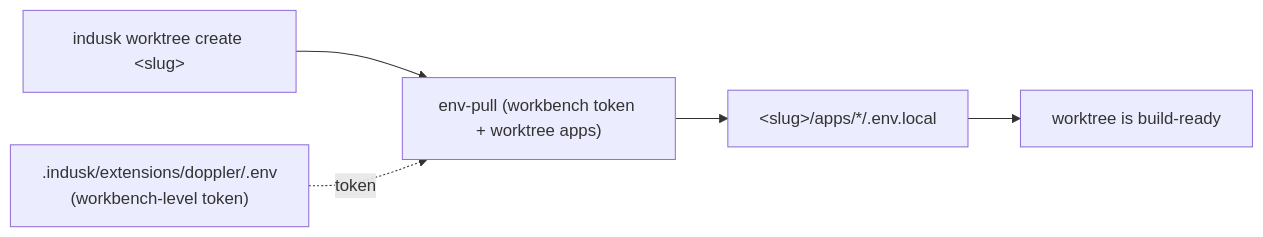
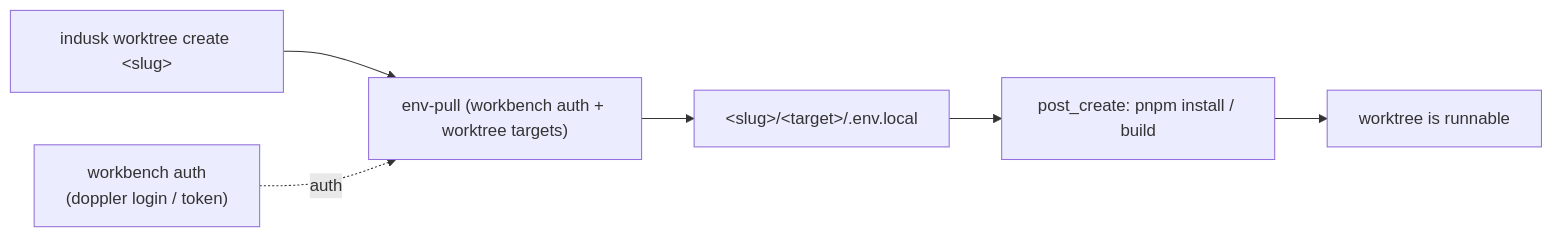
Before and after one commit to infinitedusky/indusk: the diagram in apps/docs/src/reference/extensions/doppler.md, drawn with Mermaid. The commit also changed other lines of this file and 3 other files, not shown here.

First line of the commit message:
docs: bring doppler + worktree skills/reference current (config-driven, path, login, one-way, post_create)

````diff
--- a/apps/docs/src/reference/extensions/doppler.md
+++ b/apps/docs/src/reference/extensions/doppler.md
@@ -90,11 +78,12 @@
 ```mermaid
 flowchart LR
-    T[".indusk/extensions/doppler/.env<br/>(workbench-level token)"]
+    A["workbench auth<br/>(doppler login / token)"]
     C["indusk worktree create &lt;slug&gt;"]
-    P["env-pull (workbench token + worktree apps)"]
-    E["&lt;slug&gt;/apps/*/.env.local"]
+    P["env-pull (workbench auth + worktree targets)"]
+    E["&lt;slug&gt;/&lt;target&gt;/.env.local"]
+    O["post_create: pnpm install / build"]
     C --> P
-    T -. token .-> P
+    A -. auth .-> P
     P --> E
-    E --> R["worktree is build-ready"]
+    E --> O --> R["worktree is runnable"]
 ```
````
